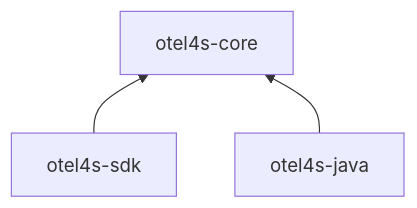
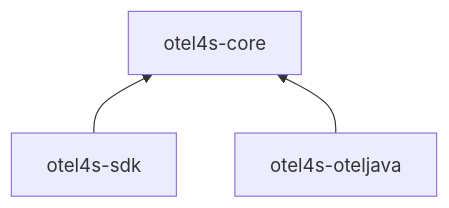
Before and after one commit to typelevel/otel4s-sdk: the first of 2 diagrams in docs/modules-structure.md, drawn with Mermaid. The commit also changed other lines of this file and 1 other file, not shown here.

Commit message:
Documentation: replace `otel4s-java` -> `otel4s-oteljava`

````diff
--- a/docs/modules-structure.md
+++ b/docs/modules-structure.md
@@ -11,5 +11,5 @@
 ```mermaid
 graph BT
   otel4s-sdk --> otel4s-core
-  otel4s-java --> otel4s-core
+  otel4s-oteljava --> otel4s-core
 ```
````
